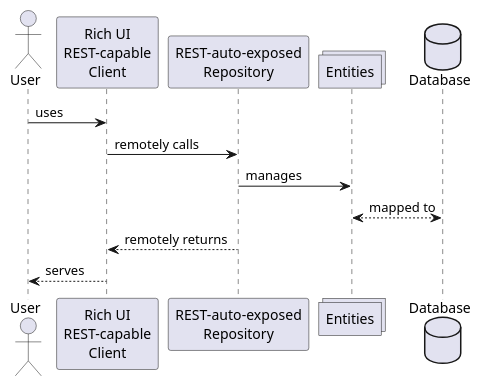
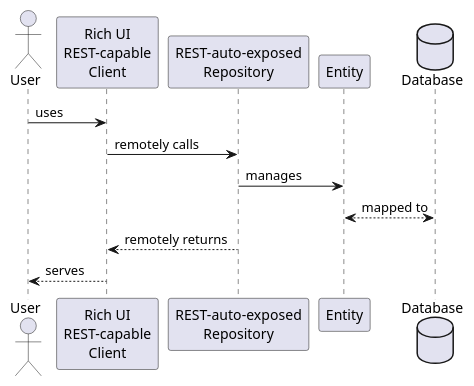
Before and after one commit to oiraqi/xcommerce-monolithic: the diagram in final/src/main/resources/diagram.sequence.1.rcc.simple.wsd, drawn with PlantUML. The commit also changed 3 other files, not shown here.

```diff
--- a/final/src/main/resources/diagram.sequence.1.rcc.simple.wsd
+++ b/final/src/main/resources/diagram.sequence.1.rcc.simple.wsd
@@ -1,13 +1,13 @@
 @startuml SequenceDiagram
 actor User as User
 participant "Rich UI\nREST-capable\nClient" as Client
 participant "REST-auto-exposed\nRepository" as Repository
-collections Entities as Ent
+participant Entity as Ent
 database Database as DB
 User -> Client : uses
 Client -> Repository : remotely calls
 Repository -> Ent : manages
 Ent <--> DB : mapped to
 Repository --> Client : remotely returns
 Client --> User : serves
 @enduml
```
